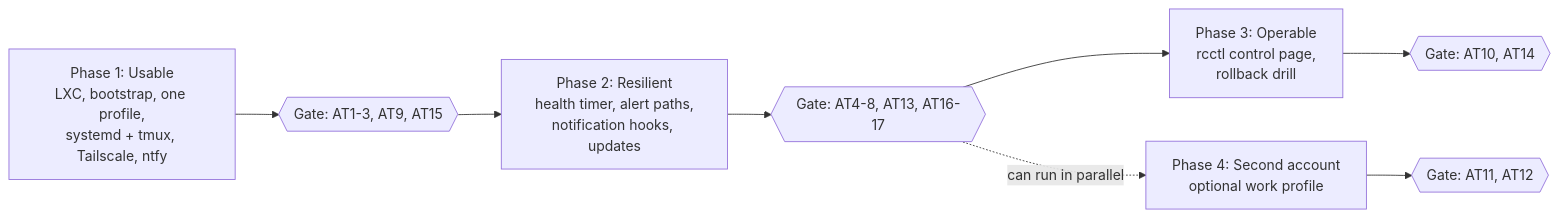
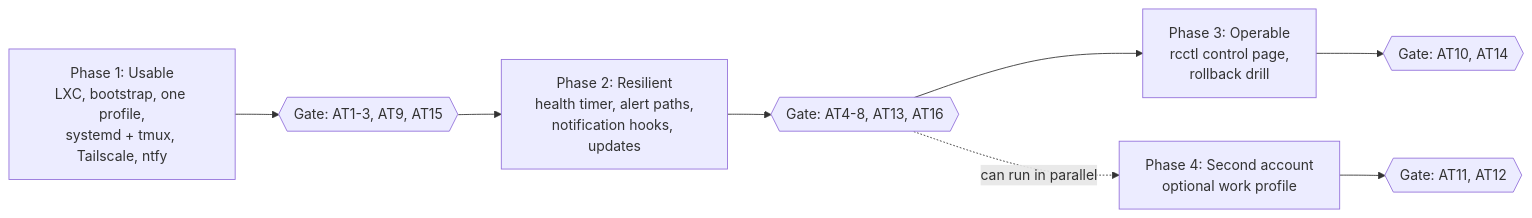
The third of 3 diagrams in docs/design.md (andy-wilson/claude-gw), drawn with Mermaid before and after one commit. The commit also changed other lines of this file and 1 other file, not shown here.

Commit message:
AT17 opt-in; drop it from the phase 2 gate

````diff
--- a/docs/design.md
+++ b/docs/design.md
@@ -296,13 +296,13 @@
 ```mermaid
 flowchart LR
   p1["Phase 1: Usable<br/>LXC, bootstrap, one profile,<br/>systemd + tmux, Tailscale, ntfy"]
   g1{{"Gate: AT1-3, AT9, AT15"}}
   p2["Phase 2: Resilient<br/>health timer, alert paths,<br/>notification hooks, updates"]
-  g2{{"Gate: AT4-8, AT13, AT16-17"}}
+  g2{{"Gate: AT4-8, AT13, AT16"}}
   p3["Phase 3: Operable<br/>rcctl control page,<br/>rollback drill"]
   g3{{"Gate: AT10, AT14"}}
   p4["Phase 4: Second account<br/>optional work profile"]
   g4{{"Gate: AT11, AT12"}}
   p1 --> g1 --> p2 --> g2 --> p3 --> g3
   g2 -. can run in parallel .-> p4 --> g4
 ```
````
